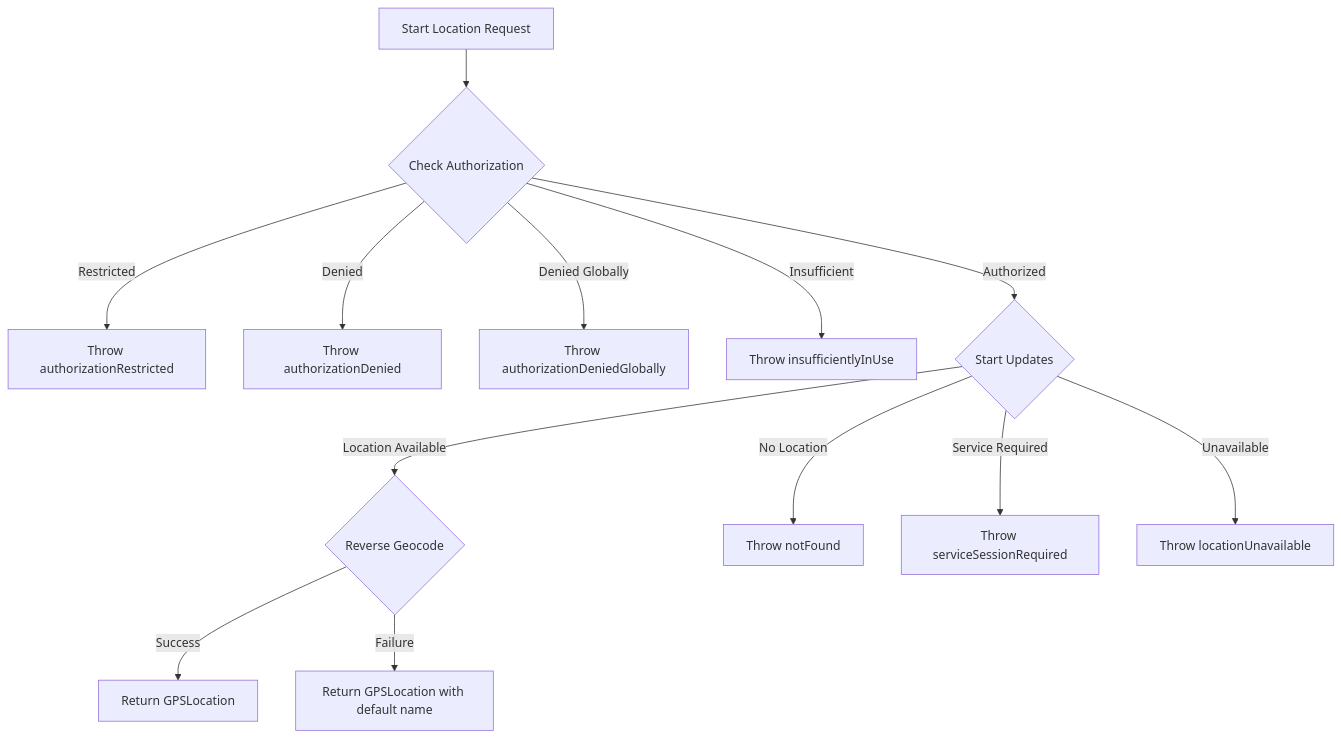
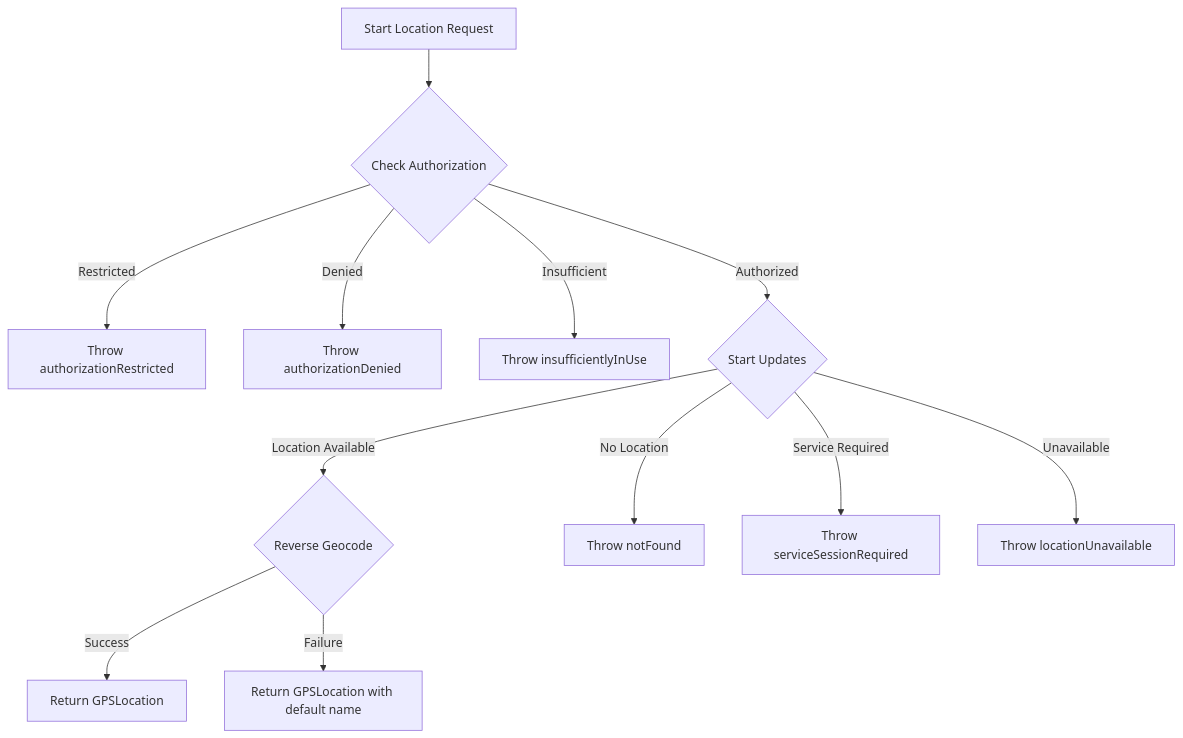
One commit to kraigspear/LocationProvider changed the third of 3 diagrams in Technical.md. Above: the diagram before and after it, drawn with Mermaid. The commit also changed other lines of this file and 10 other files, not shown here.

````diff
--- a/Technical.md
+++ b/Technical.md
@@ -139,17 +138,16 @@
 ```mermaid
 flowchart TD
     A[Start Location Request] --> B{Check Authorization}
     B -->|Restricted| C[Throw authorizationRestricted]
     B -->|Denied| D[Throw authorizationDenied]
-    B -->|Denied Globally| E[Throw authorizationDeniedGlobally]
     B -->|Insufficient| F[Throw insufficientlyInUse]
     B -->|Authorized| G{Start Updates}
     
     G -->|Location Available| H{Reverse Geocode}
     G -->|No Location| I[Throw notFound]
     G -->|Service Required| J[Throw serviceSessionRequired]
     G -->|Unavailable| K[Throw locationUnavailable]
     
     H -->|Success| L[Return GPSLocation]
     H -->|Failure| M[Return GPSLocation with default name]
 ```
````
